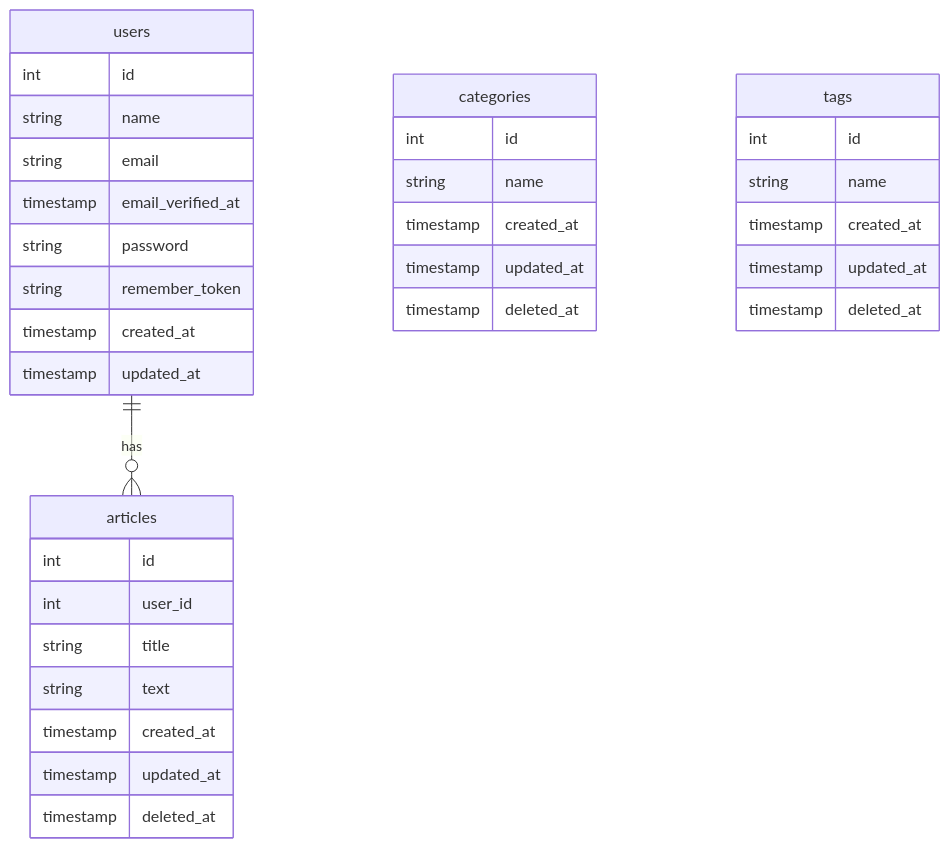
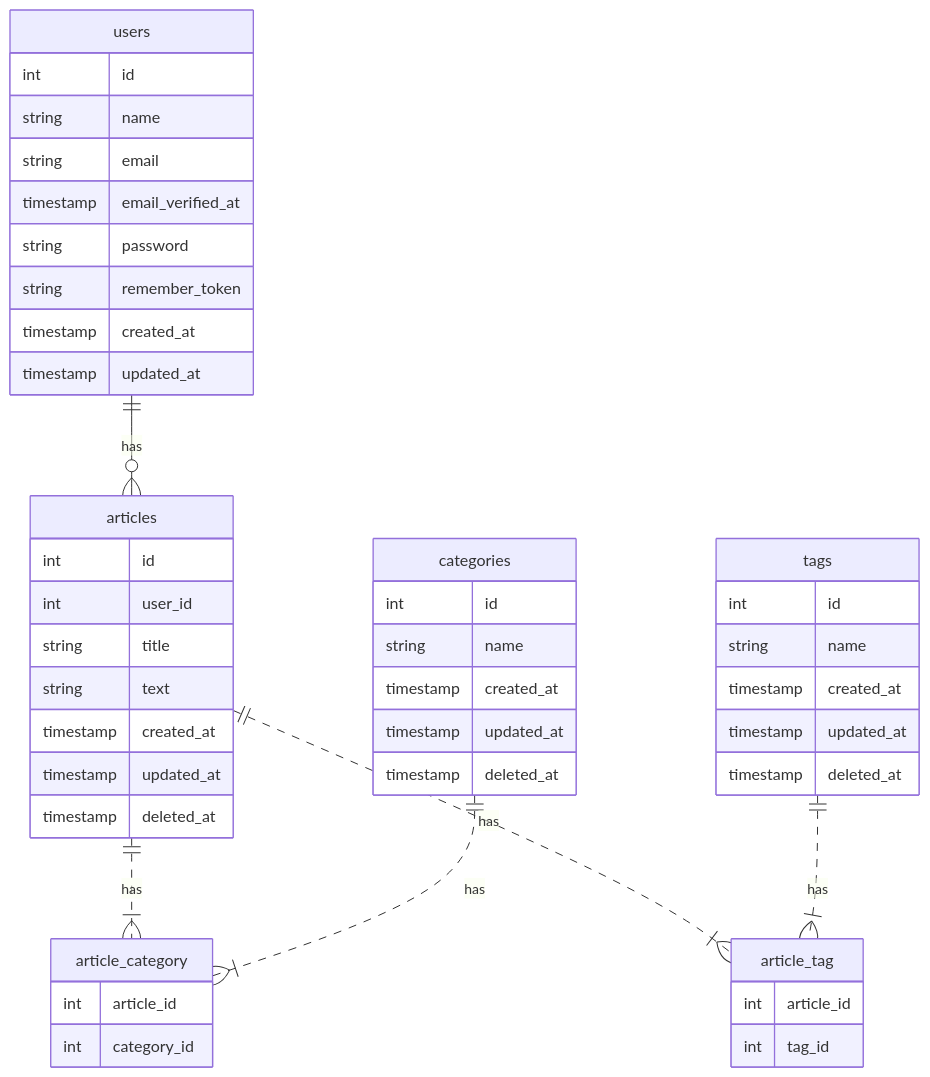
Before and after one commit to HighLiuk/laravel-example-mini-blog: the diagram in README.md, drawn with Mermaid. The commit also changed 5 other files, not shown here.

````diff
--- a/README.md
+++ b/README.md
@@ -12,42 +12,56 @@
 ```mermaid
 erDiagram
 
 users {
   int       id
   string    name
   string    email
   timestamp email_verified_at
   string    password
   string    remember_token
   timestamp created_at
   timestamp updated_at
 }
 
 articles {
   int       id
   int       user_id
   string    title
   string    text
   timestamp created_at
   timestamp updated_at
   timestamp deleted_at
 }
 
 categories {
   int       id
   string    name
   timestamp created_at
   timestamp updated_at
   timestamp deleted_at
 }
 
 tags {
   int       id
   string    name
   timestamp created_at
   timestamp updated_at
   timestamp deleted_at
 }
 
-users ||--o{ articles: has
+article_category {
+  int       article_id
+  int       category_id
+}
+
+article_tag {
+  int       article_id
+  int       tag_id
+}
+
+articles   ||..|{ article_category: has
+articles   ||..|{ article_tag:      has
+categories ||..|{ article_category: has
+tags       ||..|{ article_tag:      has
+users      ||--o{ articles:         has
 ```
````
